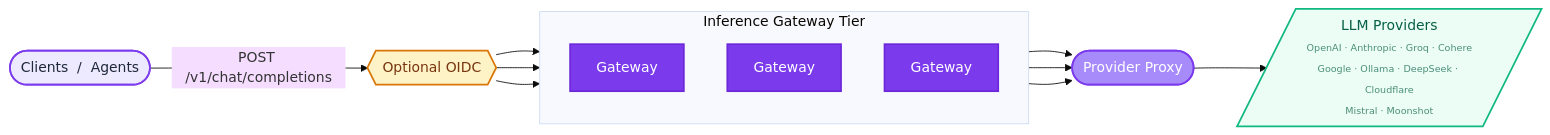
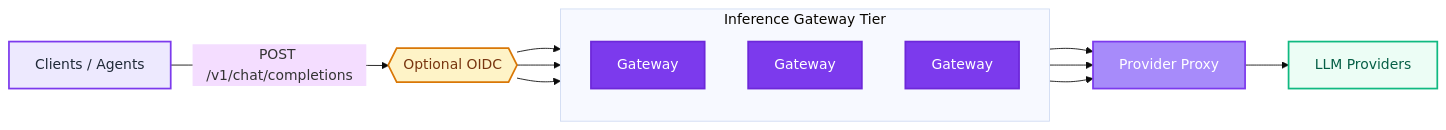
The first of 2 diagrams in architecture-overview.md (inference-gateway/docs), drawn with Mermaid (base theme) before and after one commit. The commit also changed other lines of this file and 2 other files, not shown here.

````diff
--- a/architecture-overview.md
+++ b/architecture-overview.md
@@ -14,36 +14,36 @@
 ```mermaid
 flowchart LR
-    Client(["Clients &nbsp;/&nbsp; Agents"])
+    Client["Clients / Agents"]
     Auth{{"Optional OIDC"}}
-    Proxy(["Provider Proxy"])
-    Providers[/"LLM Providers<br/><span style='font-size:11px;opacity:0.7'>OpenAI · Anthropic · Groq · Cohere<br/>Google · Ollama · DeepSeek · Cloudflare<br/>Mistral · Moonshot"</span>/]
+    Proxy["Provider Proxy"]
+    Providers["LLM Providers"]
 
     Client -- "POST /v1/chat/completions" --> Auth
 
     subgraph GatewayTier["Inference Gateway Tier"]
         direction TB
         GW1["Gateway"]
         GW2["Gateway"]
         GW3["Gateway"]
     end
 
     Auth --> GW1
     Auth --> GW2
     Auth --> GW3
     GW1 --> Proxy
     GW2 --> Proxy
     GW3 --> Proxy
     Proxy --> Providers
 
     classDef client fill:#ede9fe,stroke:#7c3aed,stroke-width:2px,color:#1f2937
     classDef auth fill:#fef3c7,stroke:#d97706,stroke-width:2px,color:#78350f
     classDef gateway fill:#7c3aed,stroke:#6d28d9,stroke-width:2px,color:#ffffff
     classDef proxy fill:#a78bfa,stroke:#7c3aed,stroke-width:2px,color:#ffffff
     classDef provider fill:#ecfdf5,stroke:#10b981,stroke-width:2px,color:#065f46
 
     class Client client
     class Auth auth
     class GW1,GW2,GW3 gateway
     class Proxy proxy
     class Providers provider
 ```
````
